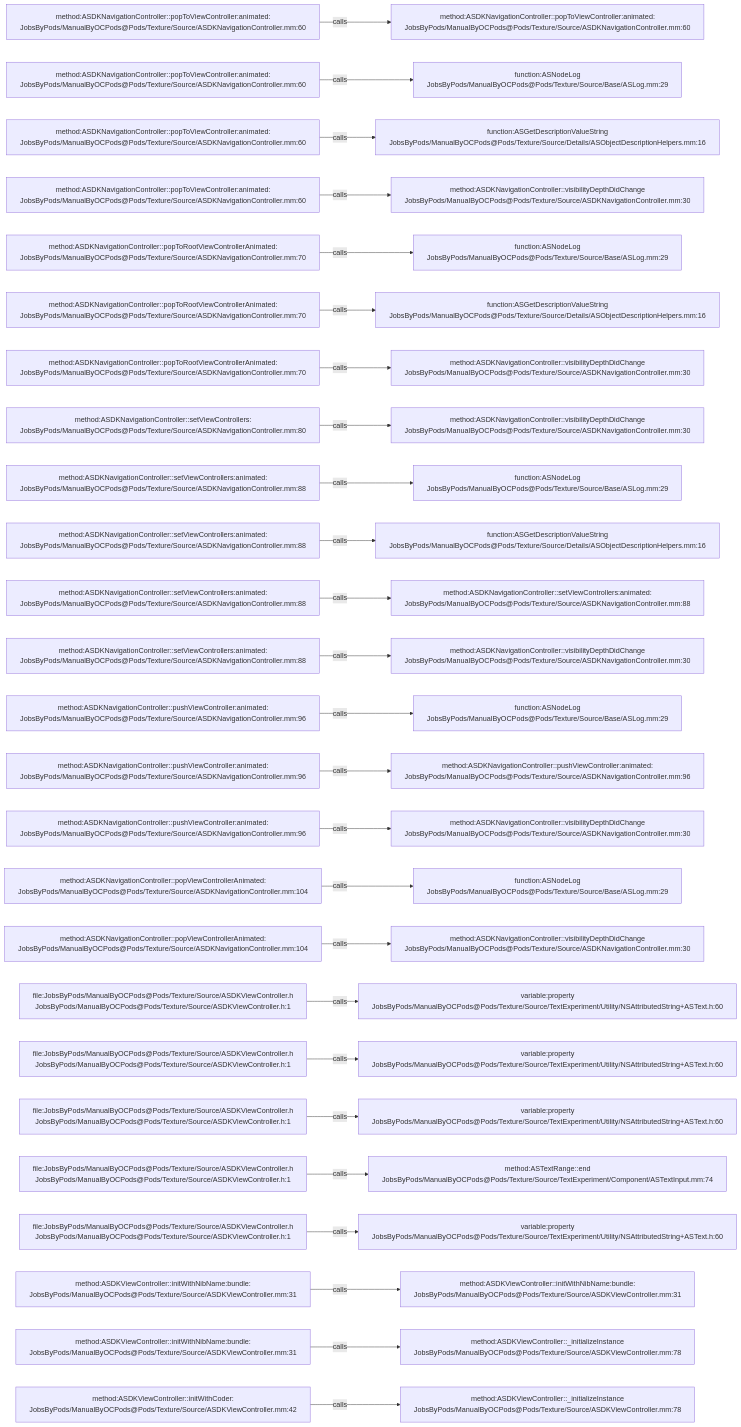
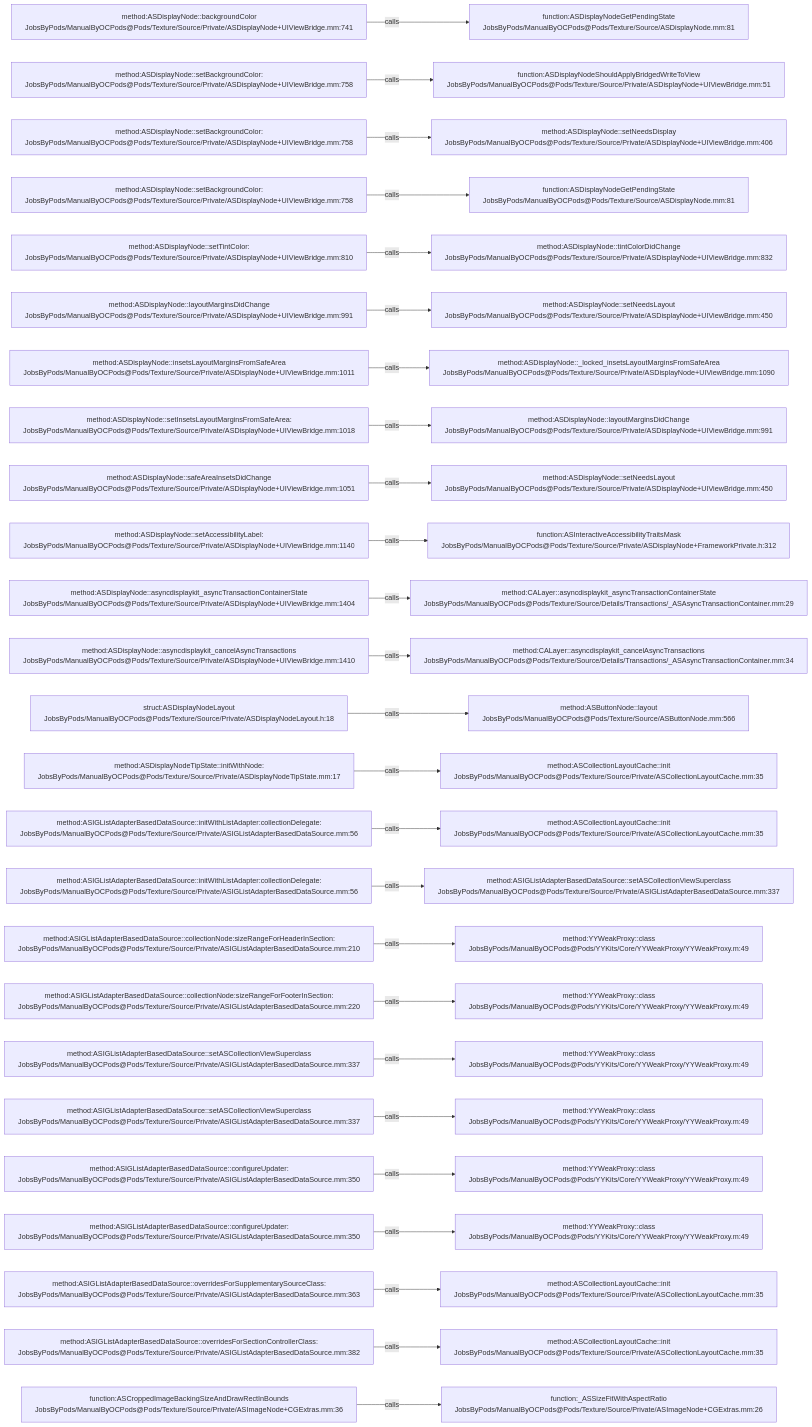
One commit to JobsKits/JobsOCBaseConfigDemo changed the diagram in .codegraph/codegraph.md/graphs/calls-197.md. Above: the diagram before and after it, drawn with Mermaid. The commit also changed 2162 other files, not shown here.

````diff
--- a/.codegraph/codegraph.md/graphs/calls-197.md
+++ b/.codegraph/codegraph.md/graphs/calls-197.md
@@ -13,78 +13,78 @@
 ```mermaid
 flowchart LR
-  S1["method:ASDKNavigationController::popToViewController:animated:<br/>JobsByPods/ManualByOCPods@Pods/Texture/Source/ASDKNavigationController.mm:60"]
-  T1["method:ASDKNavigationController::popToViewController:animated:<br/>JobsByPods/ManualByOCPods@Pods/Texture/Source/ASDKNavigationController.mm:60"]
+  S1["method:ASDisplayNode::backgroundColor<br/>JobsByPods/ManualByOCPods@Pods/Texture/Source/Private/ASDisplayNode+UIViewBridge.mm:741"]
+  T1["function:ASDisplayNodeGetPendingState<br/>JobsByPods/ManualByOCPods@Pods/Texture/Source/ASDisplayNode.mm:81"]
   S1 -->|calls| T1
-  S2["method:ASDKNavigationController::popToViewController:animated:<br/>JobsByPods/ManualByOCPods@Pods/Texture/Source/ASDKNavigationController.mm:60"]
-  T2["function:ASNodeLog<br/>JobsByPods/ManualByOCPods@Pods/Texture/Source/Base/ASLog.mm:29"]
+  S2["method:ASDisplayNode::setBackgroundColor:<br/>JobsByPods/ManualByOCPods@Pods/Texture/Source/Private/ASDisplayNode+UIViewBridge.mm:758"]
+  T2["function:ASDisplayNodeShouldApplyBridgedWriteToView<br/>JobsByPods/ManualByOCPods@Pods/Texture/Source/Private/ASDisplayNode+UIViewBridge.mm:51"]
   S2 -->|calls| T2
-  S3["method:ASDKNavigationController::popToViewController:animated:<br/>JobsByPods/ManualByOCPods@Pods/Texture/Source/ASDKNavigationController.mm:60"]
-  T3["function:ASGetDescriptionValueString<br/>JobsByPods/ManualByOCPods@Pods/Texture/Source/Details/ASObjectDescriptionHelpers.mm:16"]
+  S3["method:ASDisplayNode::setBackgroundColor:<br/>JobsByPods/ManualByOCPods@Pods/Texture/Source/Private/ASDisplayNode+UIViewBridge.mm:758"]
+  T3["method:ASDisplayNode::setNeedsDisplay<br/>JobsByPods/ManualByOCPods@Pods/Texture/Source/Private/ASDisplayNode+UIViewBridge.mm:406"]
   S3 -->|calls| T3
-  S4["method:ASDKNavigationController::popToViewController:animated:<br/>JobsByPods/ManualByOCPods@Pods/Texture/Source/ASDKNavigationController.mm:60"]
-  T4["method:ASDKNavigationController::visibilityDepthDidChange<br/>JobsByPods/ManualByOCPods@Pods/Texture/Source/ASDKNavigationController.mm:30"]
+  S4["method:ASDisplayNode::setBackgroundColor:<br/>JobsByPods/ManualByOCPods@Pods/Texture/Source/Private/ASDisplayNode+UIViewBridge.mm:758"]
+  T4["function:ASDisplayNodeGetPendingState<br/>JobsByPods/ManualByOCPods@Pods/Texture/Source/ASDisplayNode.mm:81"]
   S4 -->|calls| T4
-  S5["method:ASDKNavigationController::popToRootViewControllerAnimated:<br/>JobsByPods/ManualByOCPods@Pods/Texture/Source/ASDKNavigationController.mm:70"]
-  T5["function:ASNodeLog<br/>JobsByPods/ManualByOCPods@Pods/Texture/Source/Base/ASLog.mm:29"]
+  S5["method:ASDisplayNode::setTintColor:<br/>JobsByPods/ManualByOCPods@Pods/Texture/Source/Private/ASDisplayNode+UIViewBridge.mm:810"]
+  T5["method:ASDisplayNode::tintColorDidChange<br/>JobsByPods/ManualByOCPods@Pods/Texture/Source/Private/ASDisplayNode+UIViewBridge.mm:832"]
   S5 -->|calls| T5
-  S6["method:ASDKNavigationController::popToRootViewControllerAnimated:<br/>JobsByPods/ManualByOCPods@Pods/Texture/Source/ASDKNavigationController.mm:70"]
-  T6["function:ASGetDescriptionValueString<br/>JobsByPods/ManualByOCPods@Pods/Texture/Source/Details/ASObjectDescriptionHelpers.mm:16"]
+  S6["method:ASDisplayNode::layoutMarginsDidChange<br/>JobsByPods/ManualByOCPods@Pods/Texture/Source/Private/ASDisplayNode+UIViewBridge.mm:991"]
+  T6["method:ASDisplayNode::setNeedsLayout<br/>JobsByPods/ManualByOCPods@Pods/Texture/Source/Private/ASDisplayNode+UIViewBridge.mm:450"]
   S6 -->|calls| T6
-  S7["method:ASDKNavigationController::popToRootViewControllerAnimated:<br/>JobsByPods/ManualByOCPods@Pods/Texture/Source/ASDKNavigationController.mm:70"]
-  T7["method:ASDKNavigationController::visibilityDepthDidChange<br/>JobsByPods/ManualByOCPods@Pods/Texture/Source/ASDKNavigationController.mm:30"]
+  S7["method:ASDisplayNode::insetsLayoutMarginsFromSafeArea<br/>JobsByPods/ManualByOCPods@Pods/Texture/Source/Private/ASDisplayNode+UIViewBridge.mm:1011"]
+  T7["method:ASDisplayNode::_locked_insetsLayoutMarginsFromSafeArea<br/>JobsByPods/ManualByOCPods@Pods/Texture/Source/Private/ASDisplayNode+UIViewBridge.mm:1090"]
   S7 -->|calls| T7
-  S8["method:ASDKNavigationController::setViewControllers:<br/>JobsByPods/ManualByOCPods@Pods/Texture/Source/ASDKNavigationController.mm:80"]
-  T8["method:ASDKNavigationController::visibilityDepthDidChange<br/>JobsByPods/ManualByOCPods@Pods/Texture/Source/ASDKNavigationController.mm:30"]
+  S8["method:ASDisplayNode::setInsetsLayoutMarginsFromSafeArea:<br/>JobsByPods/ManualByOCPods@Pods/Texture/Source/Private/ASDisplayNode+UIViewBridge.mm:1018"]
+  T8["method:ASDisplayNode::layoutMarginsDidChange<br/>JobsByPods/ManualByOCPods@Pods/Texture/Source/Private/ASDisplayNode+UIViewBridge.mm:991"]
   S8 -->|calls| T8
-  S9["method:ASDKNavigationController::setViewControllers:animated:<br/>JobsByPods/ManualByOCPods@Pods/Texture/Source/ASDKNavigationController.mm:88"]
-  T9["function:ASNodeLog<br/>JobsByPods/ManualByOCPods@Pods/Texture/Source/Base/ASLog.mm:29"]
+  S9["method:ASDisplayNode::safeAreaInsetsDidChange<br/>JobsByPods/ManualByOCPods@Pods/Texture/Source/Private/ASDisplayNode+UIViewBridge.mm:1051"]
+  T9["method:ASDisplayNode::setNeedsLayout<br/>JobsByPods/ManualByOCPods@Pods/Texture/Source/Private/ASDisplayNode+UIViewBridge.mm:450"]
   S9 -->|calls| T9
-  S10["method:ASDKNavigationController::setViewControllers:animated:<br/>JobsByPods/ManualByOCPods@Pods/Texture/Source/ASDKNavigationController.mm:88"]
-  T10["function:ASGetDescriptionValueString<br/>JobsByPods/ManualByOCPods@Pods/Texture/Source/Details/ASObjectDescriptionHelpers.mm:16"]
+  S10["method:ASDisplayNode::setAccessibilityLabel:<br/>JobsByPods/ManualByOCPods@Pods/Texture/Source/Private/ASDisplayNode+UIViewBridge.mm:1140"]
+  T10["function:ASInteractiveAccessibilityTraitsMask<br/>JobsByPods/ManualByOCPods@Pods/Texture/Source/Private/ASDisplayNode+FrameworkPrivate.h:312"]
   S10 -->|calls| T10
-  S11["method:ASDKNavigationController::setViewControllers:animated:<br/>JobsByPods/ManualByOCPods@Pods/Texture/Source/ASDKNavigationController.mm:88"]
-  T11["method:ASDKNavigationController::setViewControllers:animated:<br/>JobsByPods/ManualByOCPods@Pods/Texture/Source/ASDKNavigationController.mm:88"]
+  S11["method:ASDisplayNode::asyncdisplaykit_asyncTransactionContainerState<br/>JobsByPods/ManualByOCPods@Pods/Texture/Source/Private/ASDisplayNode+UIViewBridge.mm:1404"]
+  T11["method:CALayer::asyncdisplaykit_asyncTransactionContainerState<br/>JobsByPods/ManualByOCPods@Pods/Texture/Source/Details/Transactions/_ASAsyncTransactionContainer.mm:29"]
   S11 -->|calls| T11
-  S12["method:ASDKNavigationController::setViewControllers:animated:<br/>JobsByPods/ManualByOCPods@Pods/Texture/Source/ASDKNavigationController.mm:88"]
-  T12["method:ASDKNavigationController::visibilityDepthDidChange<br/>JobsByPods/ManualByOCPods@Pods/Texture/Source/ASDKNavigationController.mm:30"]
+  S12["method:ASDisplayNode::asyncdisplaykit_cancelAsyncTransactions<br/>JobsByPods/ManualByOCPods@Pods/Texture/Source/Private/ASDisplayNode+UIViewBridge.mm:1410"]
+  T12["method:CALayer::asyncdisplaykit_cancelAsyncTransactions<br/>JobsByPods/ManualByOCPods@Pods/Texture/Source/Details/Transactions/_ASAsyncTransactionContainer.mm:34"]
   S12 -->|calls| T12
-  S13["method:ASDKNavigationController::pushViewController:animated:<br/>JobsByPods/ManualByOCPods@Pods/Texture/Source/ASDKNavigationController.mm:96"]
-  T13["function:ASNodeLog<br/>JobsByPods/ManualByOCPods@Pods/Texture/Source/Base/ASLog.mm:29"]
+  S13["struct:ASDisplayNodeLayout<br/>JobsByPods/ManualByOCPods@Pods/Texture/Source/Private/ASDisplayNodeLayout.h:18"]
+  T13["method:ASButtonNode::layout<br/>JobsByPods/ManualByOCPods@Pods/Texture/Source/ASButtonNode.mm:566"]
   S13 -->|calls| T13
-  S14["method:ASDKNavigationController::pushViewController:animated:<br/>JobsByPods/ManualByOCPods@Pods/Texture/Source/ASDKNavigationController.mm:96"]
-  T14["method:ASDKNavigationController::pushViewController:animated:<br/>JobsByPods/ManualByOCPods@Pods/Texture/Source/ASDKNavigationController.mm:96"]
+  S14["method:ASDisplayNodeTipState::initWithNode:<br/>JobsByPods/ManualByOCPods@Pods/Texture/Source/Private/ASDisplayNodeTipState.mm:17"]
+  T14["method:ASCollectionLayoutCache::init<br/>JobsByPods/ManualByOCPods@Pods/Texture/Source/Private/ASCollectionLayoutCache.mm:35"]
   S14 -->|calls| T14
-  S15["method:ASDKNavigationController::pushViewController:animated:<br/>JobsByPods/ManualByOCPods@Pods/Texture/Source/ASDKNavigationController.mm:96"]
-  T15["method:ASDKNavigationController::visibilityDepthDidChange<br/>JobsByPods/ManualByOCPods@Pods/Texture/Source/ASDKNavigationController.mm:30"]
+  S15["method:ASIGListAdapterBasedDataSource::initWithListAdapter:collectionDelegate:<br/>JobsByPods/ManualByOCPods@Pods/Texture/Source/Private/ASIGListAdapterBasedDataSource.mm:56"]
+  T15["method:ASCollectionLayoutCache::init<br/>JobsByPods/ManualByOCPods@Pods/Texture/Source/Private/ASCollectionLayoutCache.mm:35"]
   S15 -->|calls| T15
-  S16["method:ASDKNavigationController::popViewControllerAnimated:<br/>JobsByPods/ManualByOCPods@Pods/Texture/Source/ASDKNavigationController.mm:104"]
-  T16["function:ASNodeLog<br/>JobsByPods/ManualByOCPods@Pods/Texture/Source/Base/ASLog.mm:29"]
+  S16["method:ASIGListAdapterBasedDataSource::initWithListAdapter:collectionDelegate:<br/>JobsByPods/ManualByOCPods@Pods/Texture/Source/Private/ASIGListAdapterBasedDataSource.mm:56"]
+  T16["method:ASIGListAdapterBasedDataSource::setASCollectionViewSuperclass<br/>JobsByPods/ManualByOCPods@Pods/Texture/Source/Private/ASIGListAdapterBasedDataSource.mm:337"]
   S16 -->|calls| T16
-  S17["method:ASDKNavigationController::popViewControllerAnimated:<br/>JobsByPods/ManualByOCPods@Pods/Texture/Source/ASDKNavigationController.mm:104"]
-  T17["method:ASDKNavigationController::visibilityDepthDidChange<br/>JobsByPods/ManualByOCPods@Pods/Texture/Source/ASDKNavigationController.mm:30"]
+  S17["method:ASIGListAdapterBasedDataSource::collectionNode:sizeRangeForHeaderInSection:<br/>JobsByPods/ManualByOCPods@Pods/Texture/Source/Private/ASIGListAdapterBasedDataSource.mm:210"]
+  T17["method:YYWeakProxy::class<br/>JobsByPods/ManualByOCPods@Pods/YYKits/Core/YYWeakProxy/YYWeakProxy.m:49"]
   S17 -->|calls| T17
-  S18["file:JobsByPods/ManualByOCPods@Pods/Texture/Source/ASDKViewController.h<br/>JobsByPods/ManualByOCPods@Pods/Texture/Source/ASDKViewController.h:1"]
-  T18["variable:property<br/>JobsByPods/ManualByOCPods@Pods/Texture/Source/TextExperiment/Utility/NSAttributedString+ASText.h:60"]
+  S18["method:ASIGListAdapterBasedDataSource::collectionNode:sizeRangeForFooterInSection:<br/>JobsByPods/ManualByOCPods@Pods/Texture/Source/Private/ASIGListAdapterBasedDataSource.mm:220"]
+  T18["method:YYWeakProxy::class<br/>JobsByPods/ManualByOCPods@Pods/YYKits/Core/YYWeakProxy/YYWeakProxy.m:49"]
   S18 -->|calls| T18
-  S19["file:JobsByPods/ManualByOCPods@Pods/Texture/Source/ASDKViewController.h<br/>JobsByPods/ManualByOCPods@Pods/Texture/Source/ASDKViewController.h:1"]
-  T19["variable:property<br/>JobsByPods/ManualByOCPods@Pods/Texture/Source/TextExperiment/Utility/NSAttributedString+ASText.h:60"]
+  S19["method:ASIGListAdapterBasedDataSource::setASCollectionViewSuperclass<br/>JobsByPods/ManualByOCPods@Pods/Texture/Source/Private/ASIGListAdapterBasedDataSource.mm:337"]
+  T19["method:YYWeakProxy::class<br/>JobsByPods/ManualByOCPods@Pods/YYKits/Core/YYWeakProxy/YYWeakProxy.m:49"]
   S19 -->|calls| T19
-  S20["file:JobsByPods/ManualByOCPods@Pods/Texture/Source/ASDKViewController.h<br/>JobsByPods/ManualByOCPods@Pods/Texture/Source/ASDKViewController.h:1"]
-  T20["variable:property<br/>JobsByPods/ManualByOCPods@Pods/Texture/Source/TextExperiment/Utility/NSAttributedString+ASText.h:60"]
+  S20["method:ASIGListAdapterBasedDataSource::setASCollectionViewSuperclass<br/>JobsByPods/ManualByOCPods@Pods/Texture/Source/Private/ASIGListAdapterBasedDataSource.mm:337"]
+  T20["method:YYWeakProxy::class<br/>JobsByPods/ManualByOCPods@Pods/YYKits/Core/YYWeakProxy/YYWeakProxy.m:49"]
   S20 -->|calls| T20
-  S21["file:JobsByPods/ManualByOCPods@Pods/Texture/Source/ASDKViewController.h<br/>JobsByPods/ManualByOCPods@Pods/Texture/Source/ASDKViewController.h:1"]
-  T21["method:ASTextRange::end<br/>JobsByPods/ManualByOCPods@Pods/Texture/Source/TextExperiment/Component/ASTextInput.mm:74"]
+  S21["method:ASIGListAdapterBasedDataSource::configureUpdater:<br/>JobsByPods/ManualByOCPods@Pods/Texture/Source/Private/ASIGListAdapterBasedDataSource.mm:350"]
+  T21["method:YYWeakProxy::class<br/>JobsByPods/ManualByOCPods@Pods/YYKits/Core/YYWeakProxy/YYWeakProxy.m:49"]
   S21 -->|calls| T21
-  S22["file:JobsByPods/ManualByOCPods@Pods/Texture/Source/ASDKViewController.h<br/>JobsByPods/ManualByOCPods@Pods/Texture/Source/ASDKViewController.h:1"]
-  T22["variable:property<br/>JobsByPods/ManualByOCPods@Pods/Texture/Source/TextExperiment/Utility/NSAttributedString+ASText.h:60"]
+  S22["method:ASIGListAdapterBasedDataSource::configureUpdater:<br/>JobsByPods/ManualByOCPods@Pods/Texture/Source/Private/ASIGListAdapterBasedDataSource.mm:350"]
+  T22["method:YYWeakProxy::class<br/>JobsByPods/ManualByOCPods@Pods/YYKits/Core/YYWeakProxy/YYWeakProxy.m:49"]
   S22 -->|calls| T22
-  S23["method:ASDKViewController::initWithNibName:bundle:<br/>JobsByPods/ManualByOCPods@Pods/Texture/Source/ASDKViewController.mm:31"]
-  T23["method:ASDKViewController::initWithNibName:bundle:<br/>JobsByPods/ManualByOCPods@Pods/Texture/Source/ASDKViewController.mm:31"]
+  S23["method:ASIGListAdapterBasedDataSource::overridesForSupplementarySourceClass:<br/>JobsByPods/ManualByOCPods@Pods/Texture/Source/Private/ASIGListAdapterBasedDataSource.mm:363"]
+  T23["method:ASCollectionLayoutCache::init<br/>JobsByPods/ManualByOCPods@Pods/Texture/Source/Private/ASCollectionLayoutCache.mm:35"]
   S23 -->|calls| T23
-  S24["method:ASDKViewController::initWithNibName:bundle:<br/>JobsByPods/ManualByOCPods@Pods/Texture/Source/ASDKViewController.mm:31"]
-  T24["method:ASDKViewController::_initializeInstance<br/>JobsByPods/ManualByOCPods@Pods/Texture/Source/ASDKViewController.mm:78"]
+  S24["method:ASIGListAdapterBasedDataSource::overridesForSectionControllerClass:<br/>JobsByPods/ManualByOCPods@Pods/Texture/Source/Private/ASIGListAdapterBasedDataSource.mm:382"]
+  T24["method:ASCollectionLayoutCache::init<br/>JobsByPods/ManualByOCPods@Pods/Texture/Source/Private/ASCollectionLayoutCache.mm:35"]
   S24 -->|calls| T24
-  S25["method:ASDKViewController::initWithCoder:<br/>JobsByPods/ManualByOCPods@Pods/Texture/Source/ASDKViewController.mm:42"]
-  T25["method:ASDKViewController::_initializeInstance<br/>JobsByPods/ManualByOCPods@Pods/Texture/Source/ASDKViewController.mm:78"]
+  S25["function:ASCroppedImageBackingSizeAndDrawRectInBounds<br/>JobsByPods/ManualByOCPods@Pods/Texture/Source/Private/ASImageNode+CGExtras.mm:36"]
+  T25["function:_ASSizeFitWithAspectRatio<br/>JobsByPods/ManualByOCPods@Pods/Texture/Source/Private/ASImageNode+CGExtras.mm:26"]
   S25 -->|calls| T25
 ```
````
